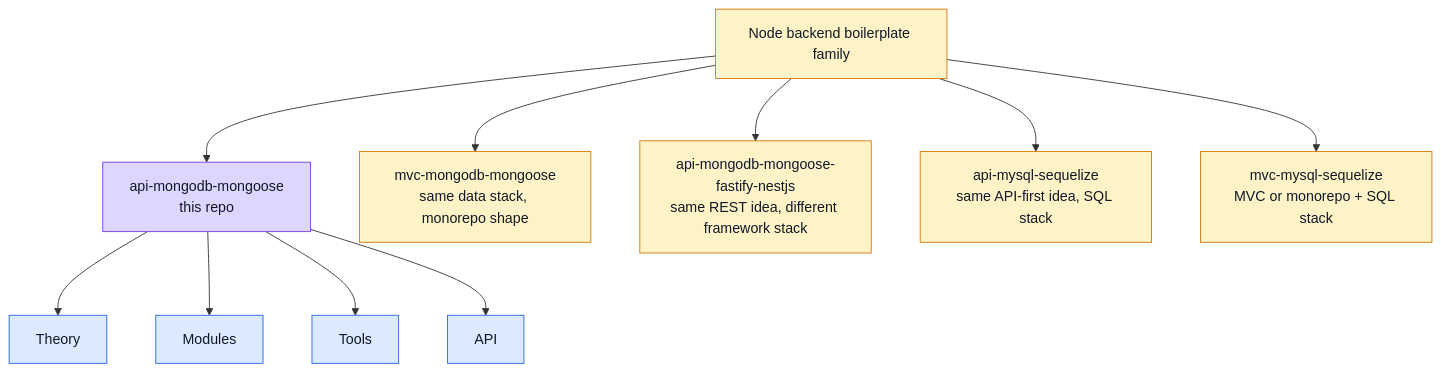
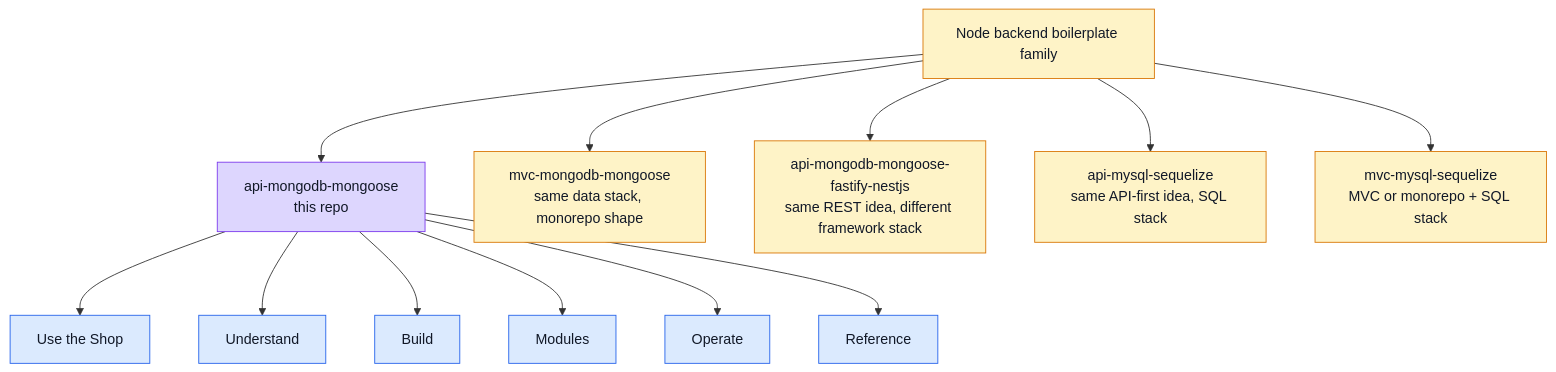
Before and after one commit to Guebbit/boilerplate-node-backend: the first of 2 diagrams in docs/index.md, drawn with Mermaid. The commit also changed other lines of this file and 854 other files, not shown here.

````diff
--- a/docs/index.md
+++ b/docs/index.md
@@ -46,21 +57,23 @@
 ```mermaid
 %%{init: {'flowchart': {'nodeSpacing': 55, 'rankSpacing': 70}}}%%
 flowchart TD
     A[Node backend boilerplate family] --> B[api-mongodb-mongoose\nthis repo]
     A --> C[mvc-mongodb-mongoose\nsame data stack, monorepo shape]
     A --> D[api-mongodb-mongoose-fastify-nestjs\nsame REST idea, different framework stack]
     A --> E[api-mysql-sequelize\nsame API-first idea, SQL stack]
     A --> F[mvc-mysql-sequelize\nMVC or monorepo + SQL stack]
 
-    B --> T[Theory]
+    B --> S[Use the Shop]
+    B --> U[Understand]
+    B --> D2[Build]
     B --> M[Modules]
-    B --> U[Tools]
-    B --> V[API]
+    B --> O[Operate]
+    B --> R[Reference]
 
     classDef family fill:#fef3c7,stroke:#d97706,color:#111827;
     classDef current fill:#ddd6fe,stroke:#7c3aed,color:#111827;
     classDef docs fill:#dbeafe,stroke:#2563eb,color:#111827;
     class A,C,D,E,F family;
     class B current;
-    class T,M,U,V docs;
+    class S,U,D2,M,O,R docs;
 ```
````
